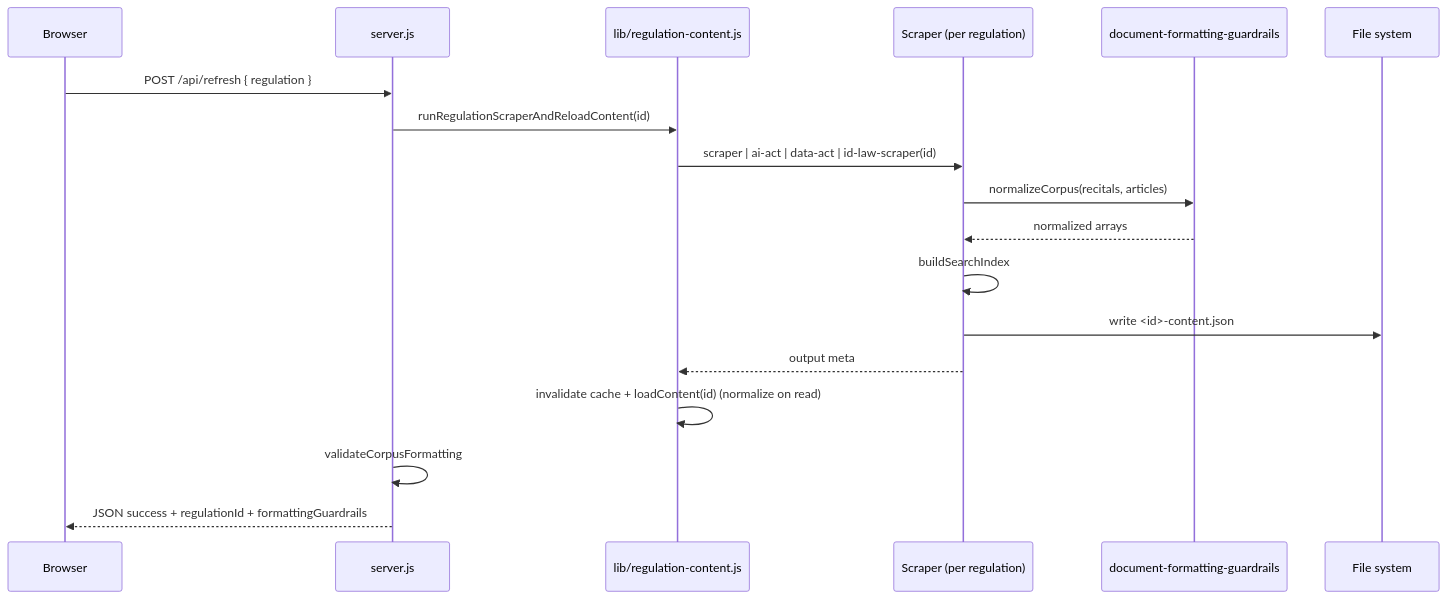
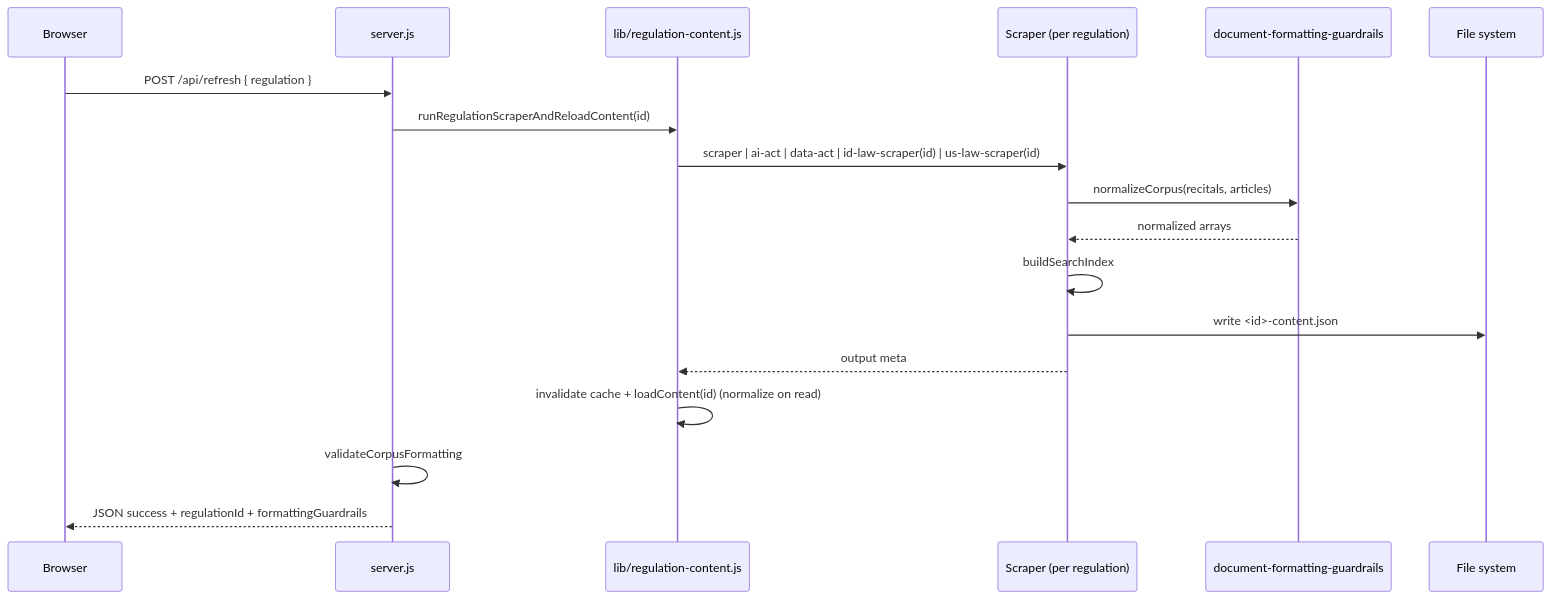
Before and after one commit to RifqiMT/gdpr-qa-platform: the fourth of 8 diagrams in docs/ARCHITECTURE.md, drawn with Mermaid. The commit also changed other lines of this file and 51 other files, not shown here.

````diff
--- a/docs/ARCHITECTURE.md
+++ b/docs/ARCHITECTURE.md
@@ -136,21 +162,21 @@
 ```mermaid
 sequenceDiagram
   participant UI as Browser
   participant S as server.js
   participant R as lib/regulation-content.js
   participant SCR as Scraper (per regulation)
   participant DF as document-formatting-guardrails
   participant FS as File system
 
   UI->>S: POST /api/refresh { regulation }
   S->>R: runRegulationScraperAndReloadContent(id)
-  R->>SCR: scraper | ai-act | data-act | id-law-scraper(id)
+  R->>SCR: scraper | ai-act | data-act | id-law-scraper(id) | us-law-scraper(id)
   SCR->>DF: normalizeCorpus(recitals, articles)
   DF-->>SCR: normalized arrays
   SCR->>SCR: buildSearchIndex
   SCR->>FS: write <id>-content.json
   SCR-->>R: output meta
   R->>R: invalidate cache + loadContent(id) (normalize on read)
   S->>S: validateCorpusFormatting
   S-->>UI: JSON success + regulationId + formattingGuardrails
 ```
````
